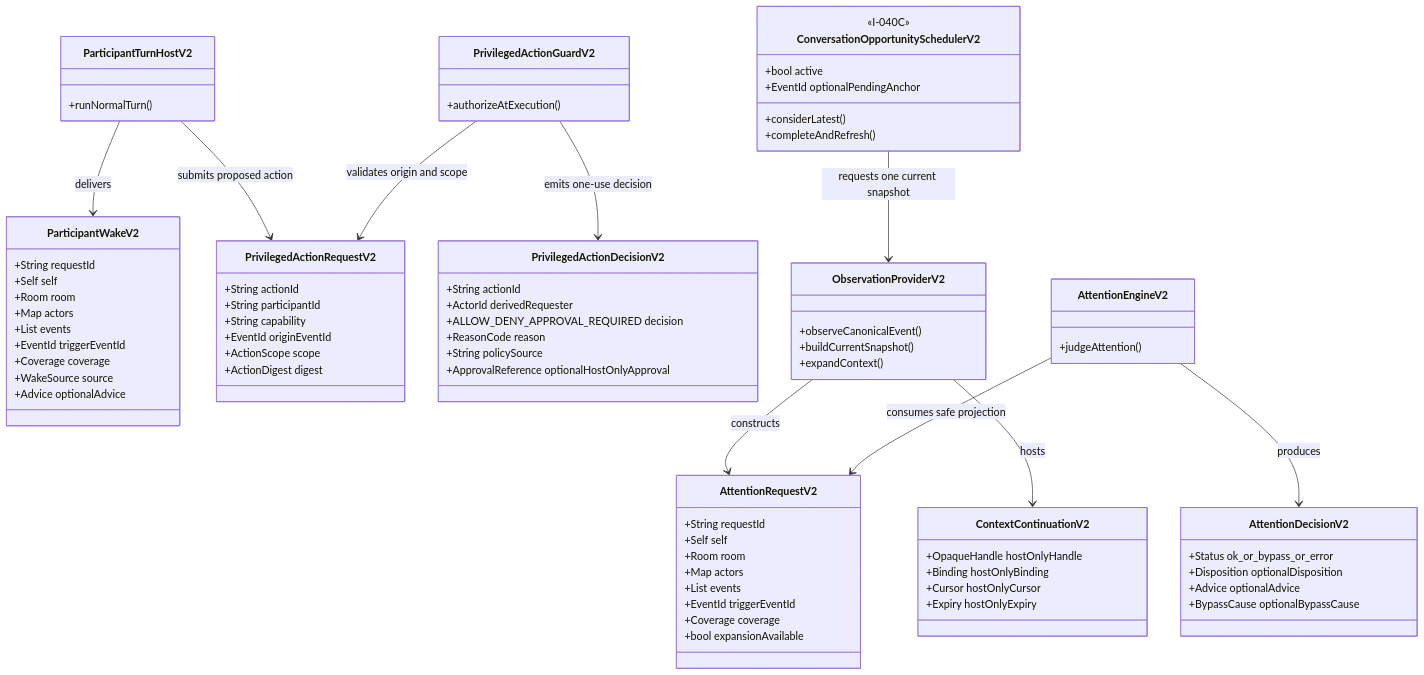
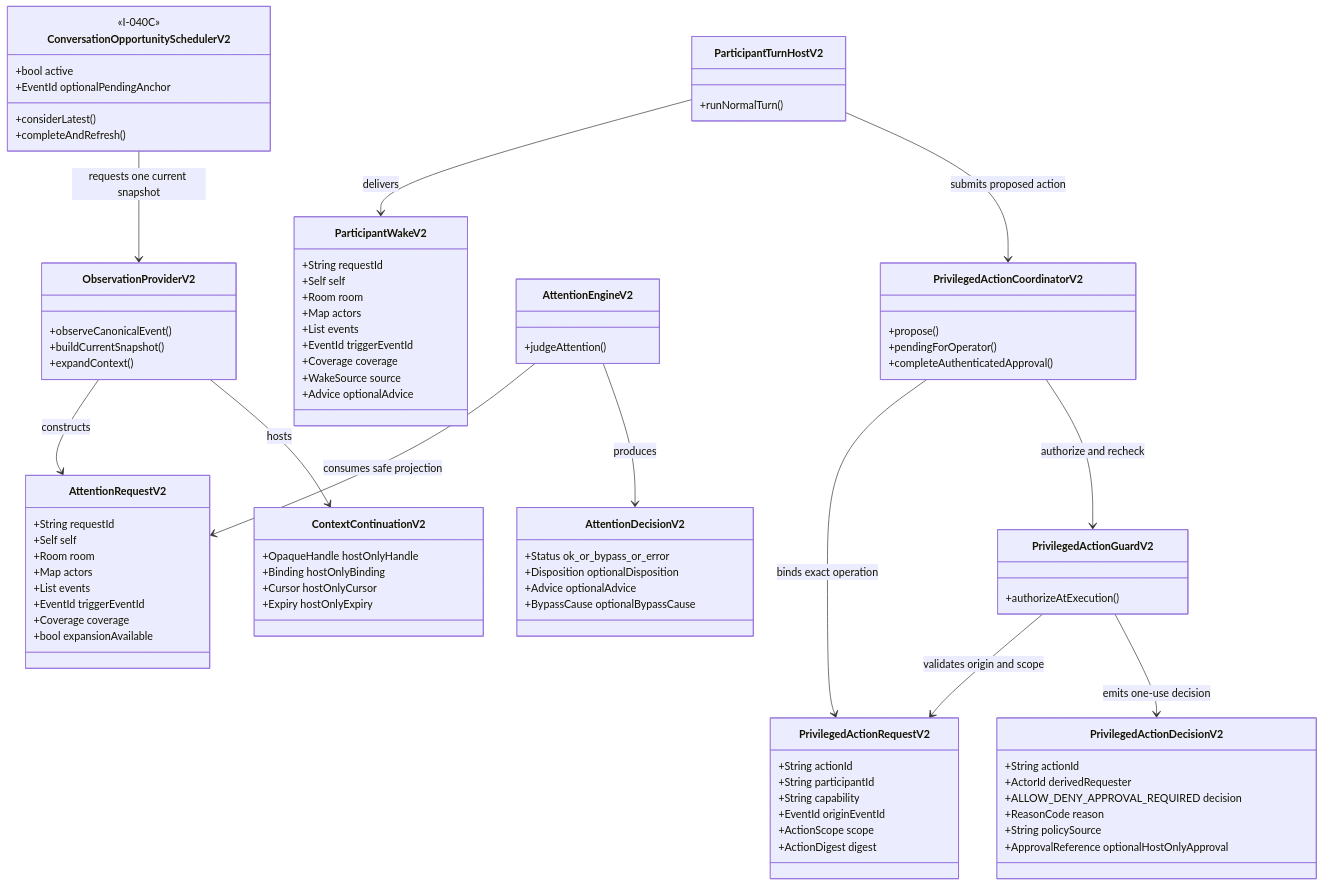
Before and after one commit to mentatzoe/nunchi: the fifth of 8 diagrams in docs/architecture/v2-selected-design.md, drawn with Mermaid. The commit also changed other lines of this file and 13 other files, not shown here.

Commit message:
feat(v2): complete authenticated action approvals

````diff
--- a/docs/architecture/v2-selected-design.md
+++ b/docs/architecture/v2-selected-design.md
@@ -245,6 +245,11 @@
     class PrivilegedActionGuardV2 {
         +authorizeAtExecution()
     }
+    class PrivilegedActionCoordinatorV2 {
+        +propose()
+        +pendingForOperator()
+        +completeAuthenticatedApproval()
+    }
 
     ObservationProviderV2 --> AttentionRequestV2 : constructs
     ObservationProviderV2 --> ContextContinuationV2 : hosts
@@ -252,7 +257,9 @@
     AttentionEngineV2 --> AttentionRequestV2 : consumes safe projection
     AttentionEngineV2 --> AttentionDecisionV2 : produces
     ParticipantTurnHostV2 --> ParticipantWakeV2 : delivers
-    ParticipantTurnHostV2 --> PrivilegedActionRequestV2 : submits proposed action
+    ParticipantTurnHostV2 --> PrivilegedActionCoordinatorV2 : submits proposed action
+    PrivilegedActionCoordinatorV2 --> PrivilegedActionRequestV2 : binds exact operation
+    PrivilegedActionCoordinatorV2 --> PrivilegedActionGuardV2 : authorize and recheck
     PrivilegedActionGuardV2 --> PrivilegedActionRequestV2 : validates origin and scope
     PrivilegedActionGuardV2 --> PrivilegedActionDecisionV2 : emits one-use decision
 ```
````
